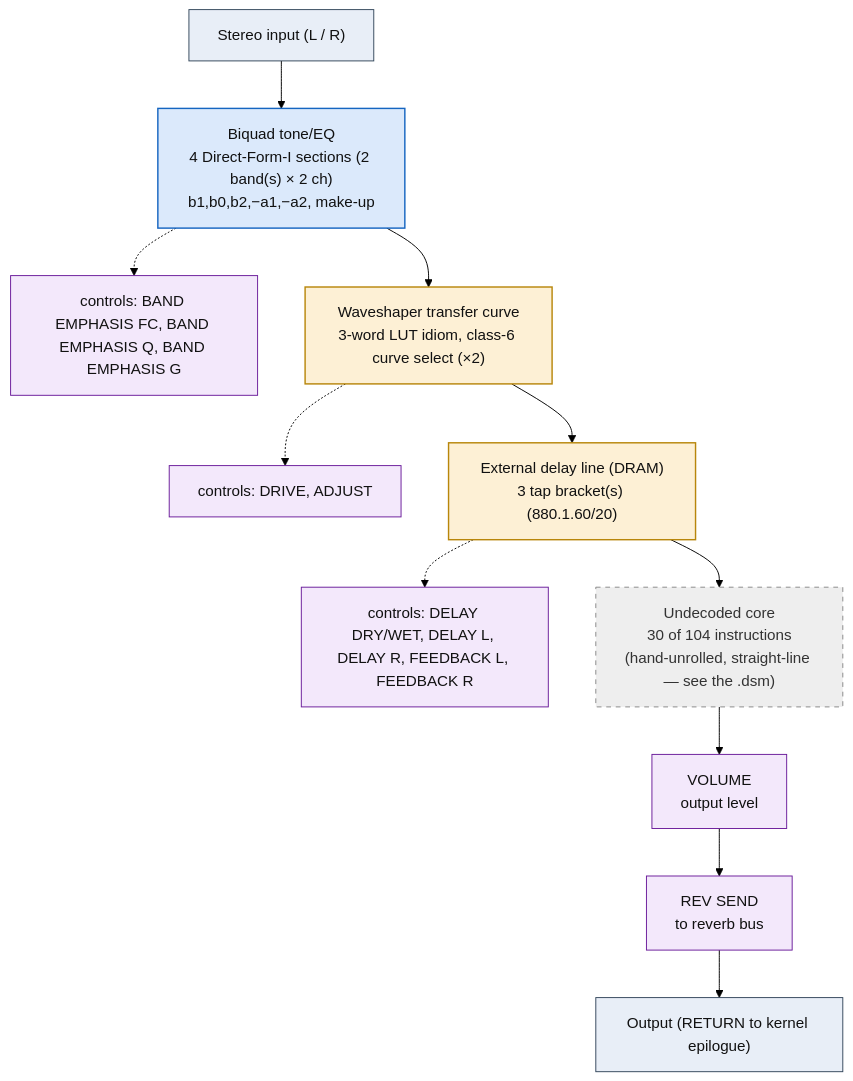
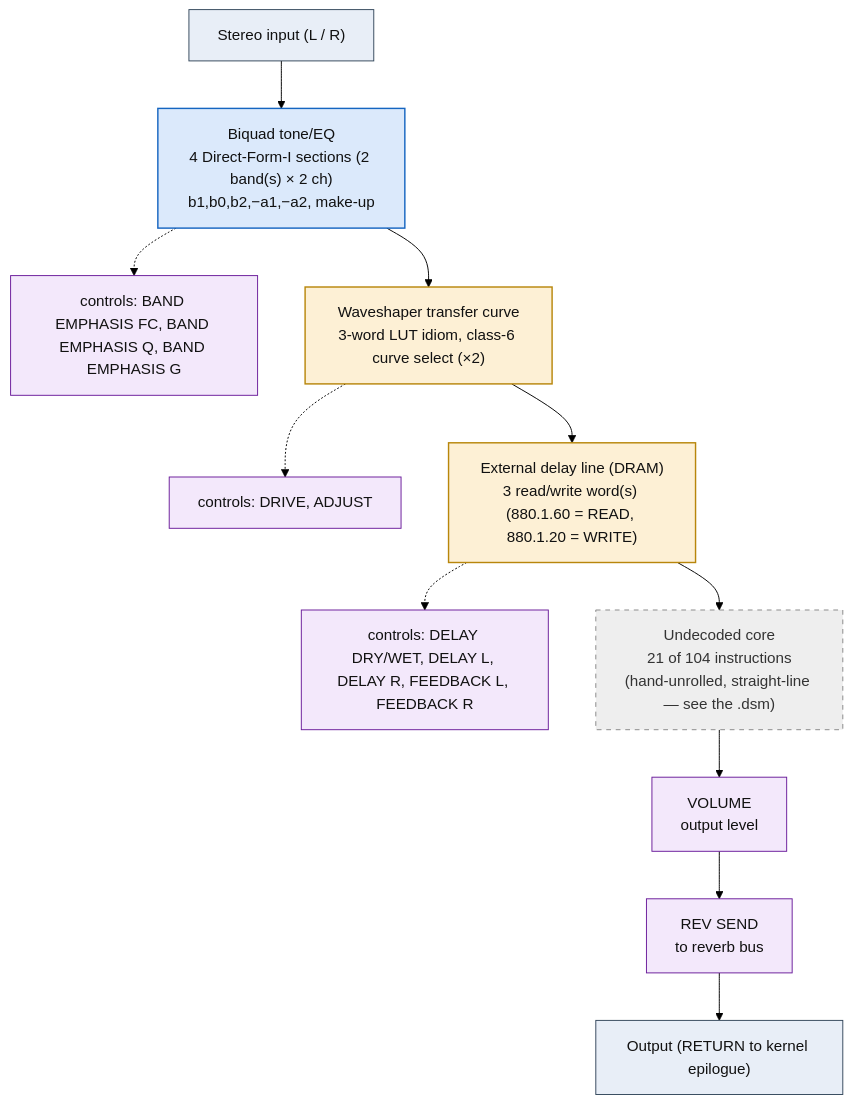
One commit to ArqueologiaDigital/KN5000-docs changed the diagram in flowcharts/prog99_peq_overdr_delay.md. Above: the diagram before and after it, drawn with Mermaid (forest theme). The commit also changed other lines of this file and 38 other files, not shown here.

First line of the commit message:
flowcharts: withdraw the envelope-detector reading, decode the DRAM accesses

````diff
--- a/flowcharts/prog99_peq_overdr_delay.md
+++ b/flowcharts/prog99_peq_overdr_delay.md
@@ -19,36 +19,36 @@
 ```mermaid
 flowchart TD
     N0["Stereo input (L / R)"]
     N1["Biquad tone/EQ<br/>4 Direct-Form-I sections (2 band(s) &times; 2 ch)<br/>b1,b0,b2,&minus;a1,&minus;a2, make-up"]
     N0 --> N1
     N2["controls: BAND EMPHASIS FC, BAND EMPHASIS Q, BAND EMPHASIS G"]
     N1 -.-> N2
     N3["Waveshaper transfer curve<br/>3-word LUT idiom, class-6 curve select (&times;2)"]
     N1 --> N3
     N4["controls: DRIVE, ADJUST"]
     N3 -.-> N4
-    N5["External delay line (DRAM)<br/>3 tap bracket(s) (880.1.60/20)"]
+    N5["External delay line (DRAM)<br/>3 read/write word(s) (880.1.60 = READ, 880.1.20 = WRITE)"]
     N3 --> N5
     N6["controls: DELAY DRY/WET, DELAY L, DELAY R, FEEDBACK L, FEEDBACK R"]
     N5 -.-> N6
-    N7["Undecoded core<br/>30 of 104 instructions<br/>(hand-unrolled, straight-line &mdash; see the .dsm)"]
+    N7["Undecoded core<br/>21 of 104 instructions<br/>(hand-unrolled, straight-line &mdash; see the .dsm)"]
     N5 --> N7
     N8["VOLUME<br/>output level"]
     N7 --> N8
     N9["REV SEND<br/>to reverb bus"]
     N8 --> N9
     N10["Output (RETURN to kernel epilogue)"]
     N9 --> N10
 
     classDef io fill:#e8eef7,stroke:#33475b,stroke-width:1px,color:#111;
     classDef proven fill:#d7f0d7,stroke:#2e7d32,stroke-width:2px,color:#111;
     classDef measured fill:#dbe9fb,stroke:#1565c0,stroke-width:1.5px,color:#111;
     classDef inferred fill:#fdf0d5,stroke:#b8860b,stroke-width:1.5px,color:#111;
     classDef open fill:#eeeeee,stroke:#888,stroke-width:1px,color:#333,stroke-dasharray:5 5;
     classDef ctrl fill:#f3e8fb,stroke:#6a1b9a,stroke-width:1px,color:#111;
     class N0,N10 io;
     class N1 measured;
     class N2,N4,N6,N8,N9 ctrl;
     class N3,N5 inferred;
     class N7 open;
 ```
````
